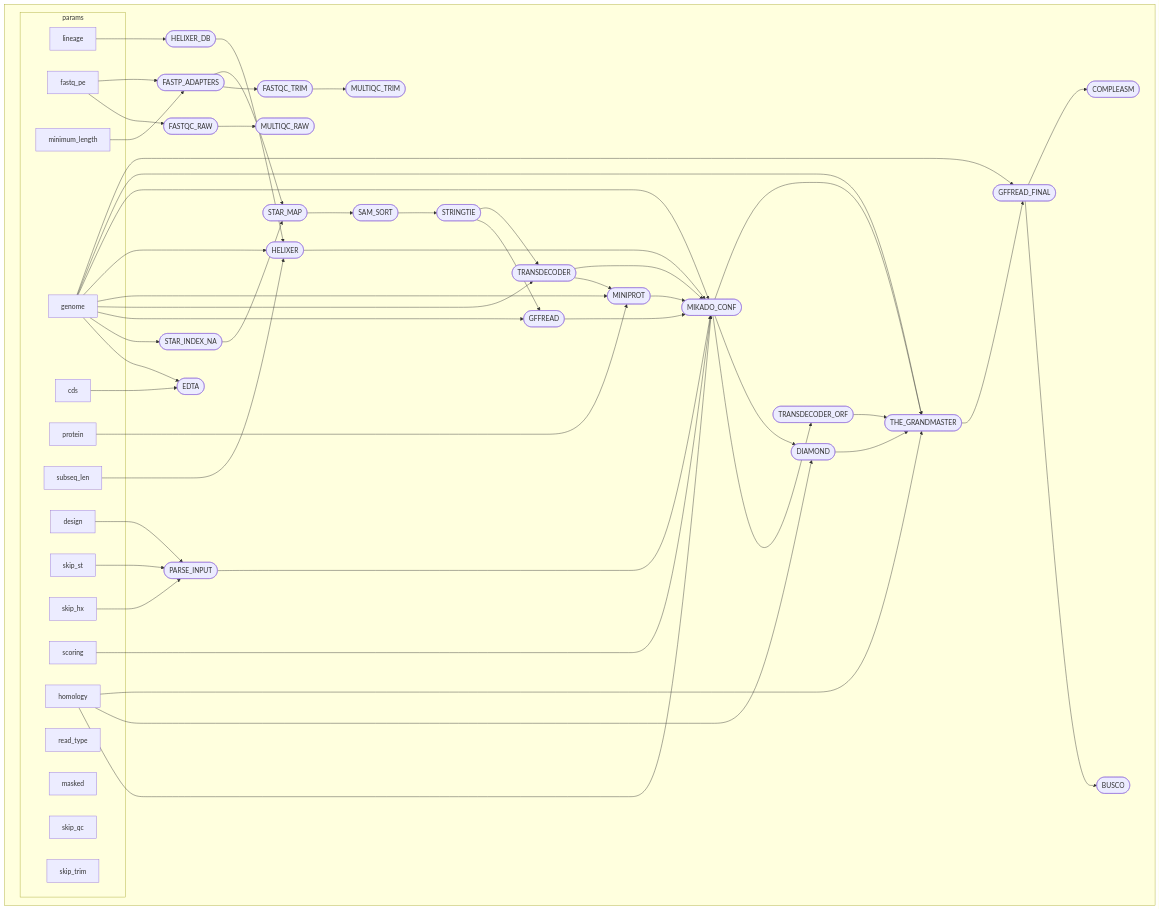
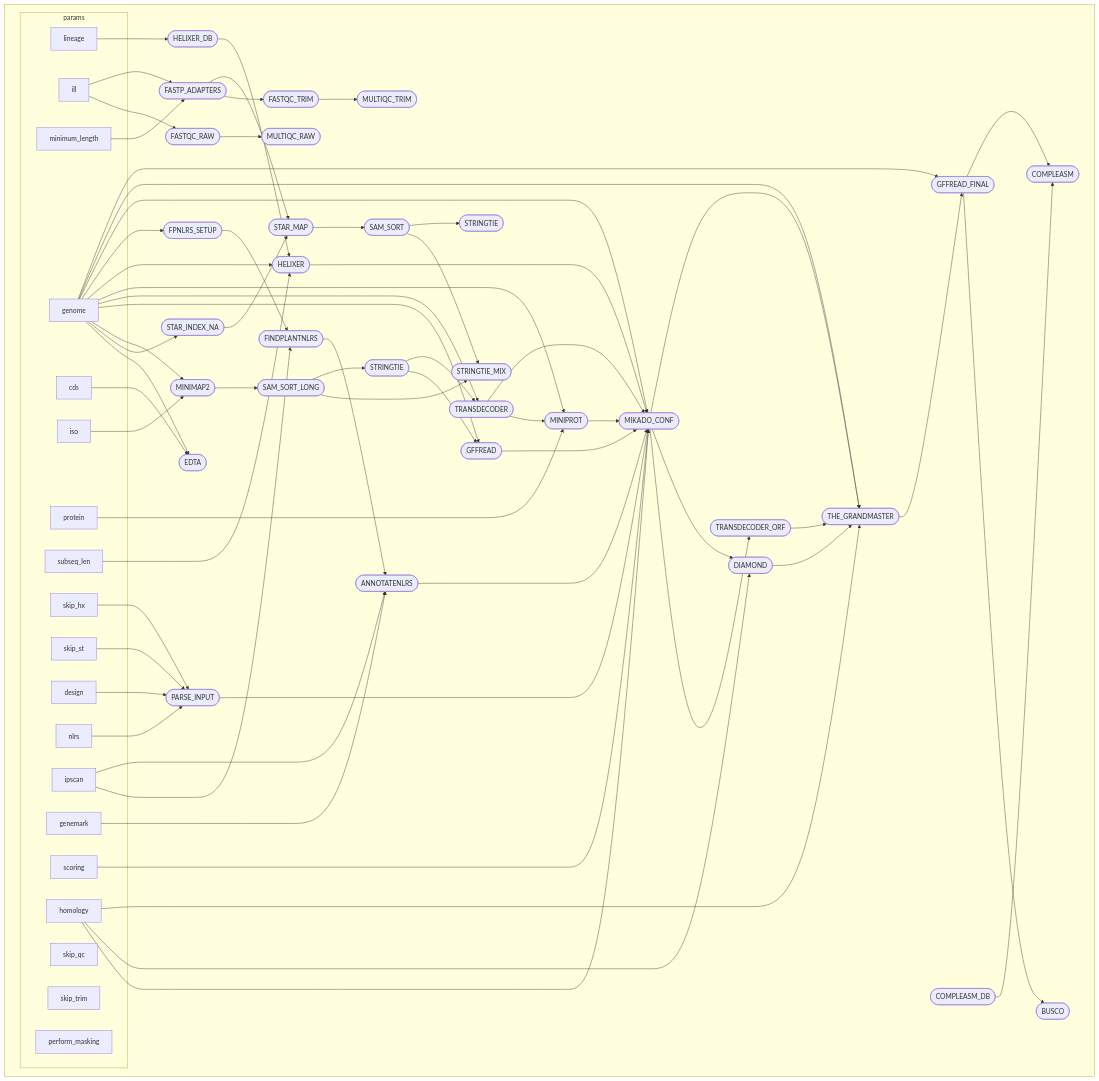
The diagram in README.md (ryandkuster/ragnarok), drawn with Mermaid before and after one commit. The commit also changed other lines of this file and 6 other files, not shown here.

Commit message:
added masking threshold and fixed fpnlr input genome

````diff
--- a/README.md
+++ b/README.md
@@ -242,92 +262,118 @@
 flowchart TB
     subgraph " "
     subgraph params
-    v25["lineage"]
-    v15["read_type"]
-    v38["scoring"]
-    v39["homology"]
-    v11["masked"]
-    v2["skip_qc"]
-    v6["minimum_length"]
-    v30["skip_hx"]
-    v12["genome"]
-    v13["cds"]
-    v0["fastq_pe"]
-    v23["protein"]
-    v31["subseq_len"]
-    v34["design"]
-    v5["skip_trim"]
-    v19["skip_st"]
+    v40["lineage"]
+    v56["scoring"]
+    v57["homology"]
+    v2["iso"]
+    v53["genemark"]
+    v0["ill"]
+    v51["ipscan"]
+    v46["nlrs"]
+    v4["skip_qc"]
+    v8["minimum_length"]
+    v39["skip_hx"]
+    v14["genome"]
+    v15["cds"]
+    v34["protein"]
+    v42["subseq_len"]
+    v45["design"]
+    v7["skip_trim"]
+    v13["perform_masking"]
+    v25["skip_st"]
     end
-    v3([FASTQC_RAW])
-    v4([MULTIQC_RAW])
-    v7([FASTP_ADAPTERS])
-    v9([FASTQC_TRIM])
-    v10([MULTIQC_TRIM])
-    v14([EDTA])
-    v16([STAR_INDEX_NA])
-    v17([STAR_MAP])
-    v18([SAM_SORT])
-    v20([STRINGTIE])
-    v21([GFFREAD])
-    v22([TRANSDECODER])
-    v24([MINIPROT])
-    v26([HELIXER_DB])
-    v32([HELIXER])
-    v35([PARSE_INPUT])
-    v40([MIKADO_CONF])
-    v41([TRANSDECODER_ORF])
-    v42([DIAMOND])
-    v43([THE_GRANDMASTER])
-    v44([GFFREAD_FINAL])
-    v45([BUSCO])
-    v46([COMPLEASM])
-    v0 --> v3
-    v3 --> v4
-    v0 --> v7
-    v6 --> v7
-    v7 --> v9
-    v9 --> v10
-    v12 --> v14
-    v13 --> v14
-    v12 --> v16
-    v16 --> v17
-    v7 --> v17
-    v17 --> v18
-    v18 --> v20
-    v20 --> v21
-    v12 --> v21
+    v5([FASTQC_RAW])
+    v6([MULTIQC_RAW])
+    v9([FASTP_ADAPTERS])
+    v11([FASTQC_TRIM])
+    v12([MULTIQC_TRIM])
+    v16([EDTA])
+    v19([STAR_INDEX_NA])
+    v20([STAR_MAP])
+    v22([SAM_SORT])
+    v23([MINIMAP2])
+    v24([SAM_SORT_LONG])
+    v26([STRINGTIE_MIX])
+    v28([STRINGTIE])
+    v30([STRINGTIE])
+    v32([GFFREAD])
+    v33([TRANSDECODER])
+    v35([MINIPROT])
+    v41([HELIXER_DB])
+    v43([HELIXER])
+    v47([PARSE_INPUT])
+    v50([FPNLRS_SETUP])
+    v52([FINDPLANTNLRS])
+    v54([ANNOTATENLRS])
+    v58([MIKADO_CONF])
+    v59([TRANSDECODER_ORF])
+    v60([DIAMOND])
+    v61([THE_GRANDMASTER])
+    v62([GFFREAD_FINAL])
+    v63([BUSCO])
+    v64([COMPLEASM_DB])
+    v65([COMPLEASM])
+    v0 --> v5
+    v5 --> v6
+    v0 --> v9
+    v8 --> v9
+    v9 --> v11
+    v11 --> v12
+    v14 --> v16
+    v15 --> v16
+    v14 --> v19
+    v19 --> v20
+    v9 --> v20
     v20 --> v22
-    v12 --> v22
-    v22 --> v24
+    v2 --> v23
+    v14 --> v23
     v23 --> v24
-    v12 --> v24
-    v25 --> v26
-    v26 --> v32
-    v12 --> v32
-    v31 --> v32
+    v22 --> v26
+    v24 --> v26
+    v22 --> v28
+    v24 --> v30
+    v14 --> v32
+    v30 --> v32
+    v14 --> v33
+    v30 --> v33
+    v33 --> v35
     v34 --> v35
-    v19 --> v35
-    v30 --> v35
-    v32 --> v40
-    v35 --> v40
-    v21 --> v40
-    v38 --> v40
-    v22 --> v40
-    v39 --> v40
-    v24 --> v40
-    v12 --> v40
+    v14 --> v35
     v40 --> v41
-    v39 --> v42
-    v40 --> v42
-    v39 --> v43
-    v40 --> v43
     v41 --> v43
     v42 --> v43
-    v12 --> v43
-    v43 --> v44
-    v12 --> v44
-    v44 --> v45
-    v44 --> v46
+    v14 --> v43
+    v39 --> v47
+    v25 --> v47
+    v45 --> v47
+    v46 --> v47
+    v14 --> v50
+    v50 --> v52
+    v51 --> v52
+    v51 --> v54
+    v52 --> v54
+    v53 --> v54
+    v32 --> v58
+    v33 --> v58
+    v35 --> v58
+    v54 --> v58
+    v56 --> v58
+    v57 --> v58
+    v43 --> v58
+    v14 --> v58
+    v47 --> v58
+    v58 --> v59
+    v57 --> v60
+    v58 --> v60
+    v57 --> v61
+    v58 --> v61
+    v59 --> v61
+    v60 --> v61
+    v14 --> v61
+    v61 --> v62
+    v14 --> v62
+    v62 --> v63
+    v64 --> v65
+    v62 --> v65
     end
 ```
````
